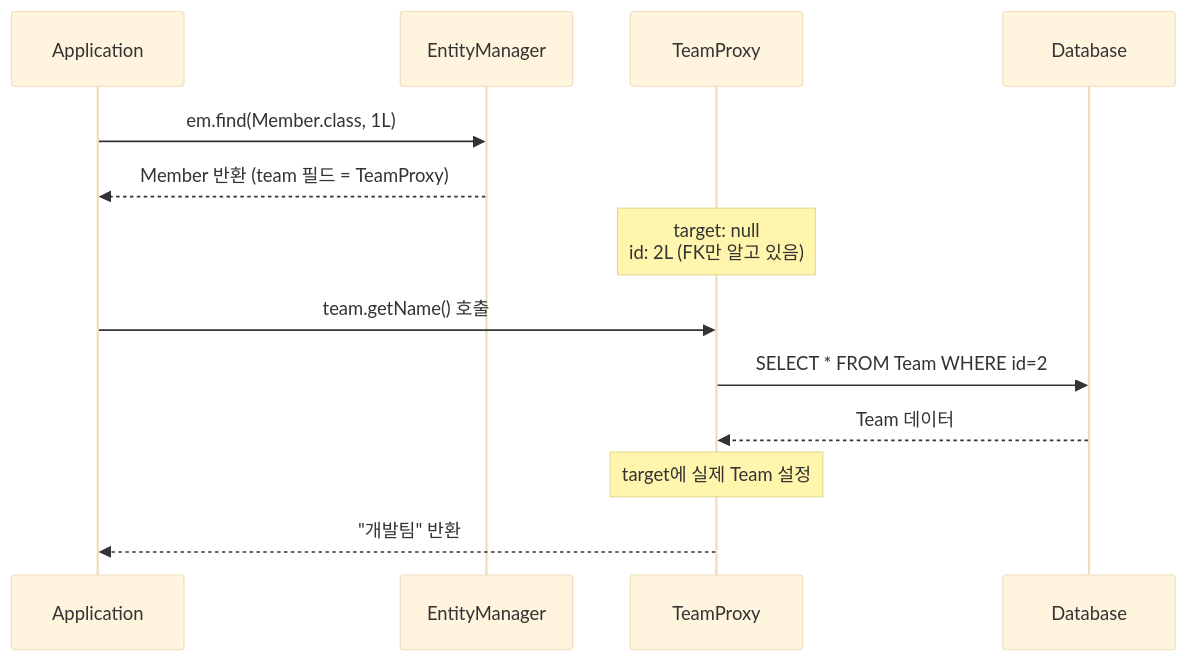
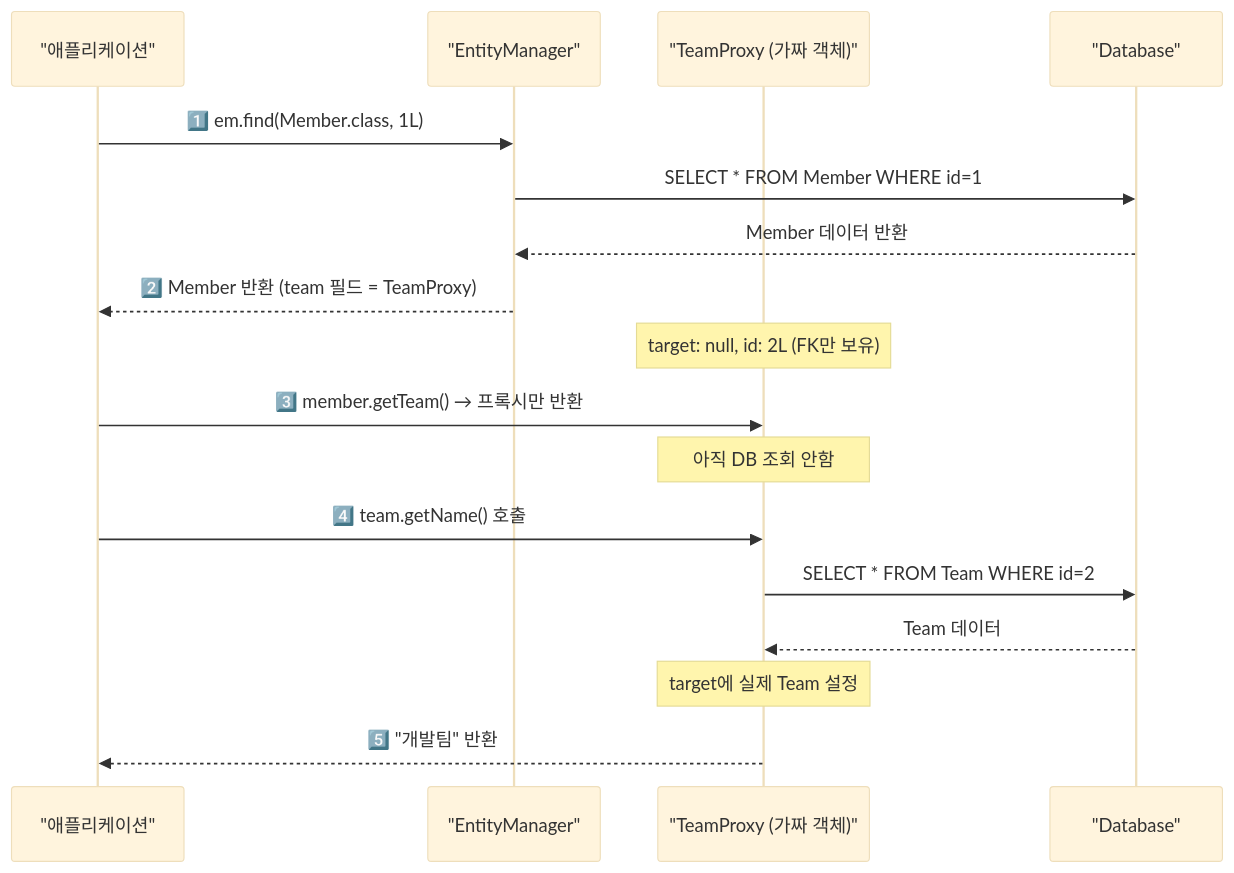
One commit to yjkim2015/yjkim2015.github.io changed the sixth of 10 diagrams in _posts/jpa/2026-05-01-jpa-fundamentals.md. Above: the diagram before and after it, drawn with Mermaid (base theme). The commit also changed other lines of this file and 34 other files, not shown here.

First line of the commit message:
Full quality pass: 41 files — ASCII removed, 동작원리 보강, diagrams

```diff
--- a/_posts/jpa/2026-05-01-jpa-fundamentals.md
+++ b/_posts/jpa/2026-05-01-jpa-fundamentals.md
@@ -313,16 +280,22 @@
 <div class="mermaid">
 sequenceDiagram
-    participant App as Application
-    participant EM as EntityManager
-    participant Proxy as TeamProxy
-    participant DB as Database
+    participant App as "애플리케이션"
+    participant EM as "EntityManager"
+    participant Proxy as "TeamProxy (가짜 객체)"
+    participant DB as "Database"
 
-    App->>EM: em.find(Member.class, 1L)
-    EM-->>App: Member 반환 (team 필드 = TeamProxy)
-    Note over Proxy: target: null<br>id: 2L (FK만 알고 있음)
-    App->>Proxy: team.getName() 호출
+    App->>EM: 1️⃣ em.find(Member.class, 1L)
+    EM->>DB: SELECT * FROM Member WHERE id=1
+    DB-->>EM: Member 데이터 반환
+    EM-->>App: 2️⃣ Member 반환 (team 필드 = TeamProxy)
+    Note over Proxy: target: null, id: 2L (FK만 보유)
+
+    App->>Proxy: 3️⃣ member.getTeam() → 프록시만 반환
+    Note over Proxy: 아직 DB 조회 안함
+
+    App->>Proxy: 4️⃣ team.getName() 호출
     Proxy->>DB: SELECT * FROM Team WHERE id=2
     DB-->>Proxy: Team 데이터
     Note over Proxy: target에 실제 Team 설정
-    Proxy-->>App: "개발팀" 반환
+    Proxy-->>App: 5️⃣ "개발팀" 반환
 </div>
```
